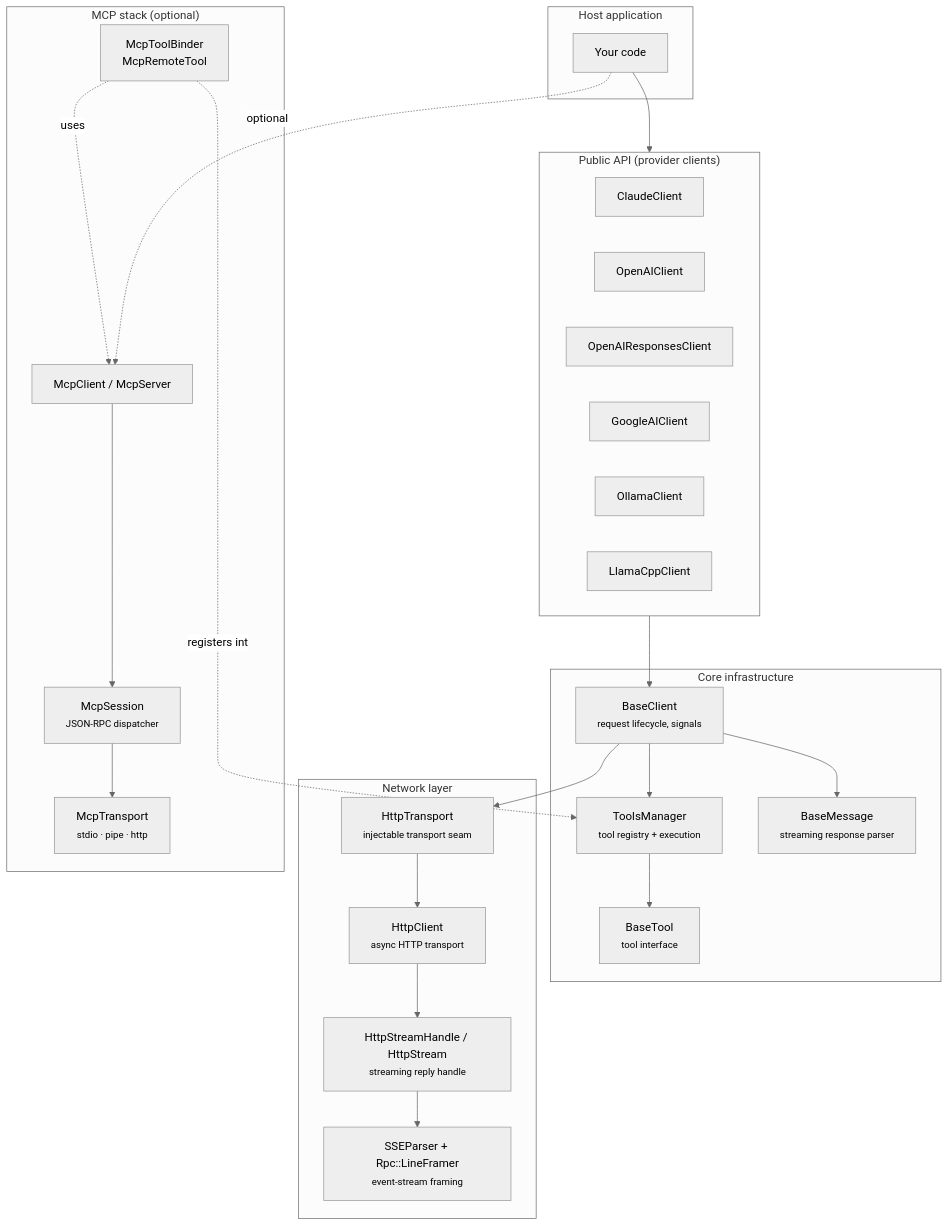
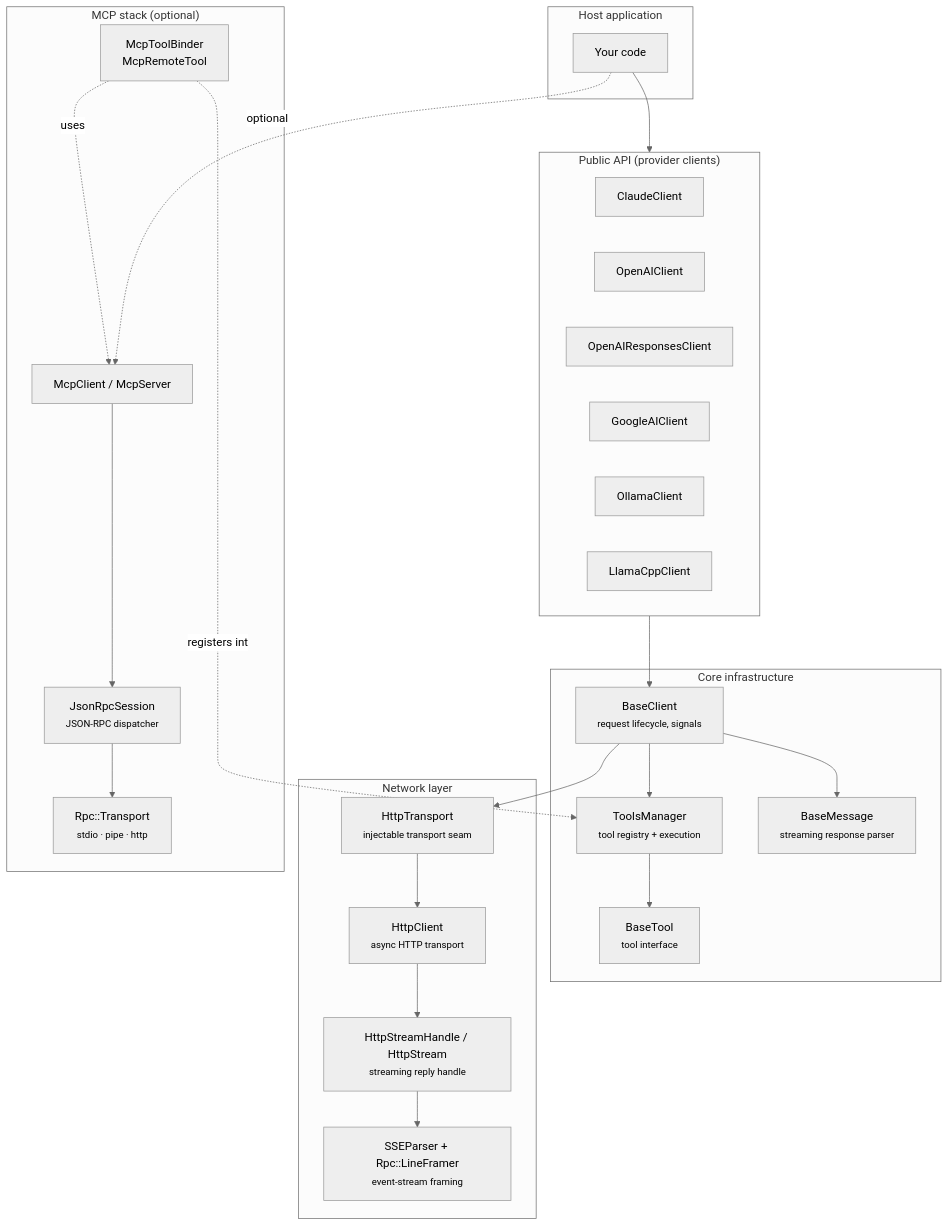
Before and after one commit to Palm1r/llmcore: the diagram in docs/architecture/overview.md, drawn with Mermaid (neutral theme). The commit also changed other lines of this file and 64 other files, not shown here.

First line of the commit message:
refactor: cycle to mcp/rpc/acp (#28)

````diff
--- a/docs/architecture/overview.md
+++ b/docs/architecture/overview.md
@@ -10,52 +10,52 @@
 ```mermaid
 flowchart TD
     subgraph User["Host application"]
         APP["Your code"]
     end
 
     subgraph Public["Public API (provider clients)"]
         CC["ClaudeClient"]
         OC["OpenAIClient"]
         OR["OpenAIResponsesClient"]
         GC["GoogleAIClient"]
         OL["OllamaClient"]
         LC["LlamaCppClient"]
     end
 
     subgraph Core["Core infrastructure"]
         BC["BaseClient<br/><small>request lifecycle, signals</small>"]
         TM["ToolsManager<br/><small>tool registry + execution</small>"]
         BM["BaseMessage<br/><small>streaming response parser</small>"]
         BT["BaseTool<br/><small>tool interface</small>"]
     end
 
     subgraph Network["Network layer"]
         HT["HttpTransport<br/><small>injectable transport seam</small>"]
         HC["HttpClient<br/><small>async HTTP transport</small>"]
         HS["HttpStreamHandle / HttpStream<br/><small>streaming reply handle</small>"]
         SSE["SSEParser + Rpc::LineFramer<br/><small>event-stream framing</small>"]
     end
 
     subgraph MCP["MCP stack (optional)"]
         MC["McpClient / McpServer"]
-        MCPS["McpSession<br/><small>JSON-RPC dispatcher</small>"]
-        MT["McpTransport<br/><small>stdio · pipe · http</small>"]
+        MCPS["JsonRpcSession<br/><small>JSON-RPC dispatcher</small>"]
+        MT["Rpc::Transport<br/><small>stdio · pipe · http</small>"]
         MTB["McpToolBinder<br/>McpRemoteTool"]
     end
 
     APP --> Public
     Public --> BC
     BC --> BM
     BC --> TM
     BC --> HT
     HT --> HC
     HC --> HS
     HS --> SSE
     TM --> BT
 
     APP -.optional.-> MC
     MC --> MCPS
     MCPS --> MT
     MTB -.registers into.-> TM
     MTB -.uses.-> MC
 ```
````
